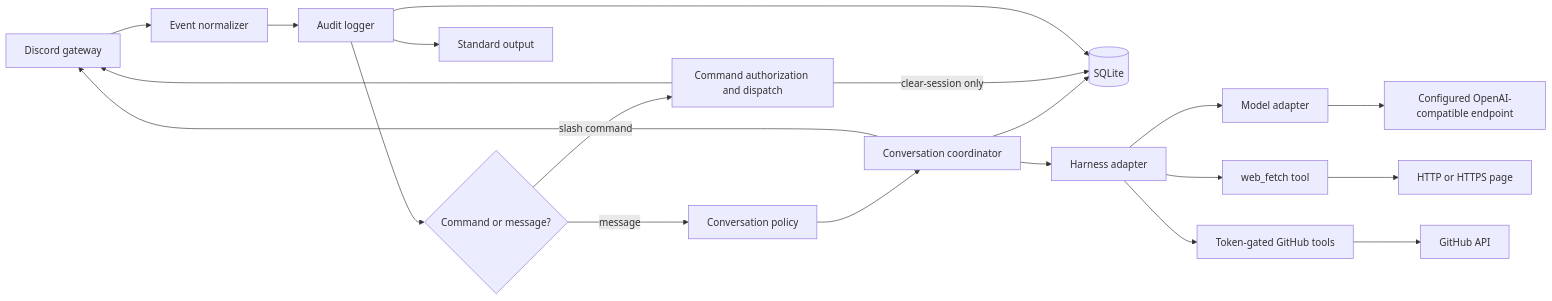
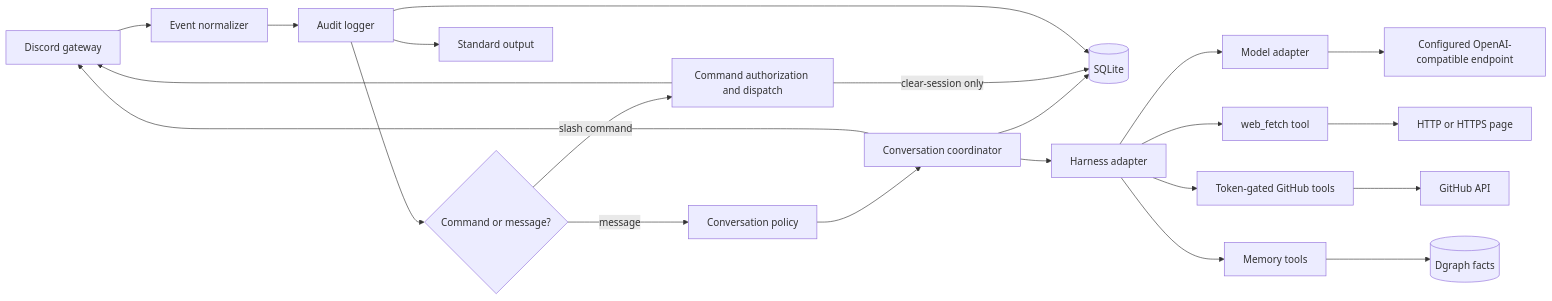
One commit to HSV-AI/artemis changed the diagram in design/rebuild-guide.md. Above: the diagram before and after it, drawn with Mermaid. The commit also changed other lines of this file and 19 other files, not shown here.

Commit message:
feat(memory): add scoped Dgraph tools

````diff
--- a/design/rebuild-guide.md
+++ b/design/rebuild-guide.md
@@ -42,22 +42,24 @@
 ```mermaid
 flowchart LR
     Discord[Discord gateway] --> Normalize[Event normalizer]
     Normalize --> Audit[Audit logger]
     Audit --> Route{Command or message?}
     Route -->|slash command| Commands[Command authorization and dispatch]
     Route -->|message| Policy[Conversation policy]
     Policy --> Sessions[Conversation coordinator]
     Sessions --> Store[(SQLite)]
     Sessions --> Harness[Harness adapter]
     Harness --> Model[Model adapter]
     Harness --> WebFetch[web_fetch tool]
     Harness --> GitHubTools[Token-gated GitHub tools]
+    Harness --> MemoryTools[Memory tools]
     WebFetch --> Web[HTTP or HTTPS page]
     GitHubTools --> GitHubAPI[GitHub API]
+    MemoryTools --> Dgraph[(Dgraph facts)]
     Model --> Provider[Configured OpenAI-compatible endpoint]
     Commands -- clear-session only --> Store
     Commands --> Discord
     Sessions --> Discord
     Audit --> Console[Standard output]
     Audit --> Store
 ```
````
